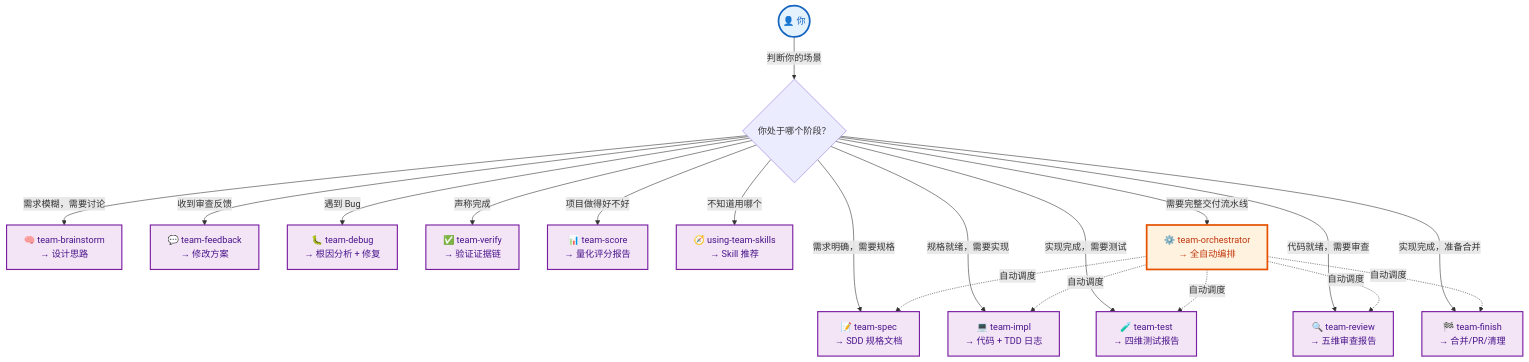
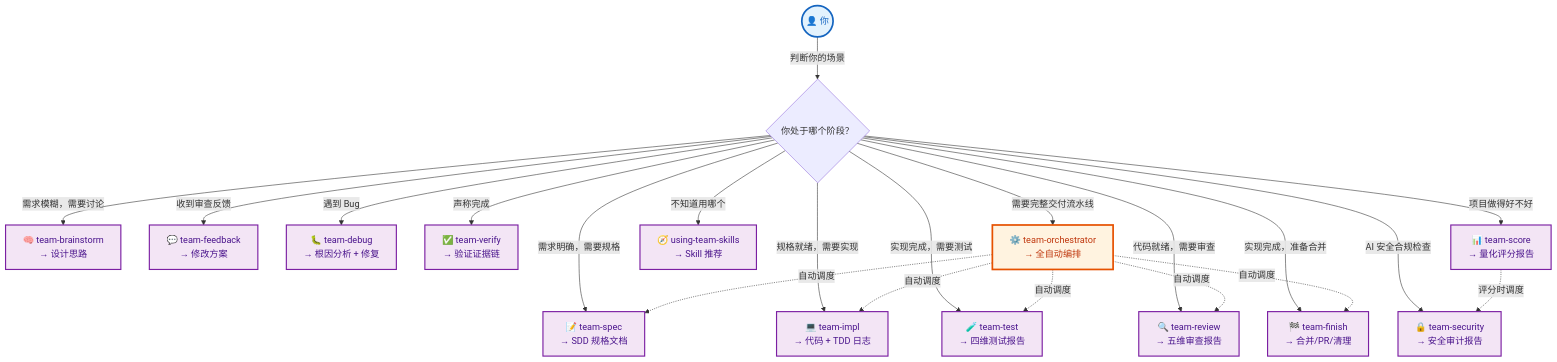
Before and after one commit to andeya/team-skills: the second of 2 diagrams in README.md, drawn with Mermaid. The commit also changed other lines of this file and 1 other file, not shown here.

First line of the commit message:
docs: README + using-team-skills 对齐 team-security

````diff
--- a/README.md
+++ b/README.md
@@ -245,28 +246,30 @@
 ```mermaid
 graph TD
     classDef user fill:#e3f2fd,stroke:#1565c0,stroke-width:3px,color:#1565c0;
     classDef skill fill:#f3e5f5,stroke:#7b1fa2,stroke-width:2px,color:#4a148c;
     classDef orch fill:#fff3e0,stroke:#e65100,stroke-width:3px,color:#bf360c;
 
     YOU((👤 你)):::user
     YOU -->|"判断你的场景"| Q{你处于哪个阶段？}
 
     Q -->|"需求模糊，需要讨论"| BRAIN[🧠 team-brainstorm<br/>→ 设计思路]:::skill
     Q -->|"需求明确，需要规格"| SPEC[📝 team-spec<br/>→ SDD 规格文档]:::skill
     Q -->|"规格就绪，需要实现"| IMPL[💻 team-impl<br/>→ 代码 + TDD 日志]:::skill
     Q -->|"实现完成，需要测试"| TEST[🧪 team-test<br/>→ 四维测试报告]:::skill
     Q -->|"代码就绪，需要审查"| REVIEW[🔍 team-review<br/>→ 五维审查报告]:::skill
     Q -->|"收到审查反馈"| FB[💬 team-feedback<br/>→ 修改方案]:::skill
     Q -->|"遇到 Bug"| DEBUG[🐛 team-debug<br/>→ 根因分析 + 修复]:::skill
     Q -->|"声称完成"| VERIFY[✅ team-verify<br/>→ 验证证据链]:::skill
     Q -->|"实现完成，准备合并"| FINISH[🏁 team-finish<br/>→ 合并/PR/清理]:::skill
     Q -->|"项目做得好不好"| SCORE[📊 team-score<br/>→ 量化评分报告]:::skill
+    Q -->|"AI 安全合规检查"| SECURITY[🔒 team-security<br/>→ 安全审计报告]:::skill
     Q -->|"不知道用哪个"| USING[🧭 using-team-skills<br/>→ Skill 推荐]:::skill
     Q -->|"需要完整交付流水线"| ORCH[⚙️ team-orchestrator<br/>→ 全自动编排]:::orch
 
     ORCH -.->|自动调度| SPEC
     ORCH -.->|自动调度| IMPL
     ORCH -.->|自动调度| TEST
     ORCH -.->|自动调度| REVIEW
     ORCH -.->|自动调度| FINISH
+    SCORE -.->|评分时调度| SECURITY
 ```
````
